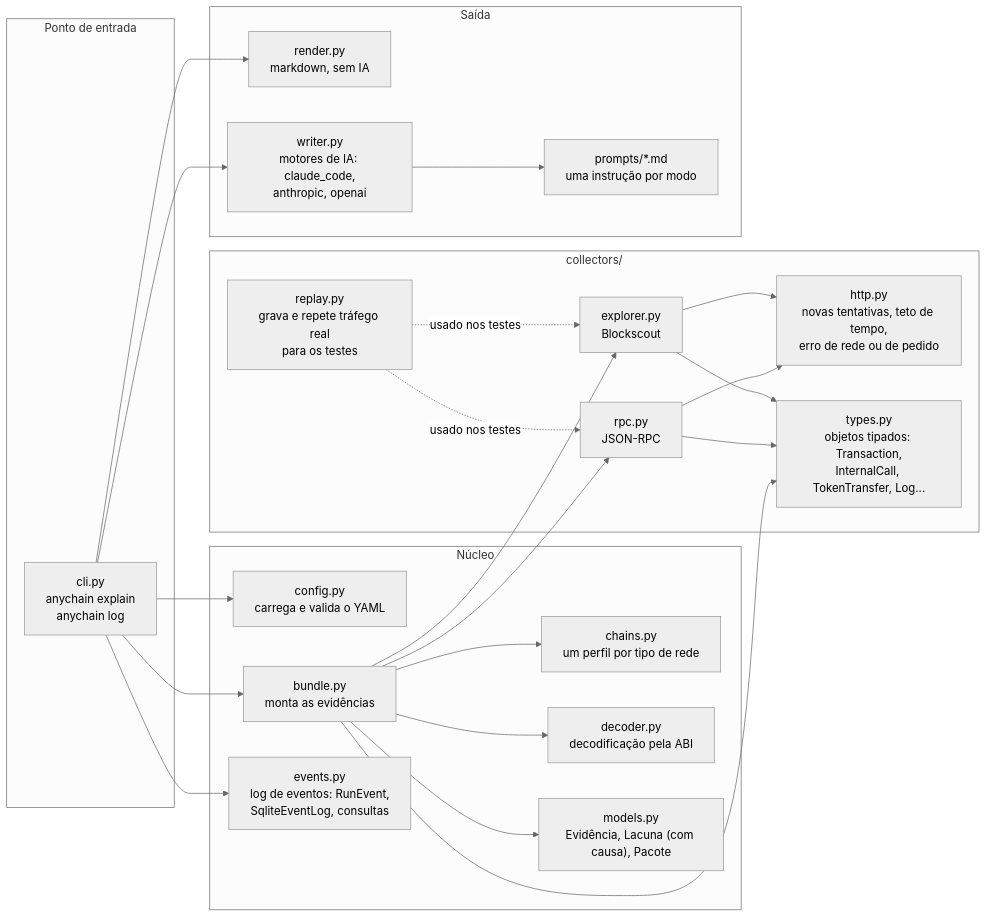
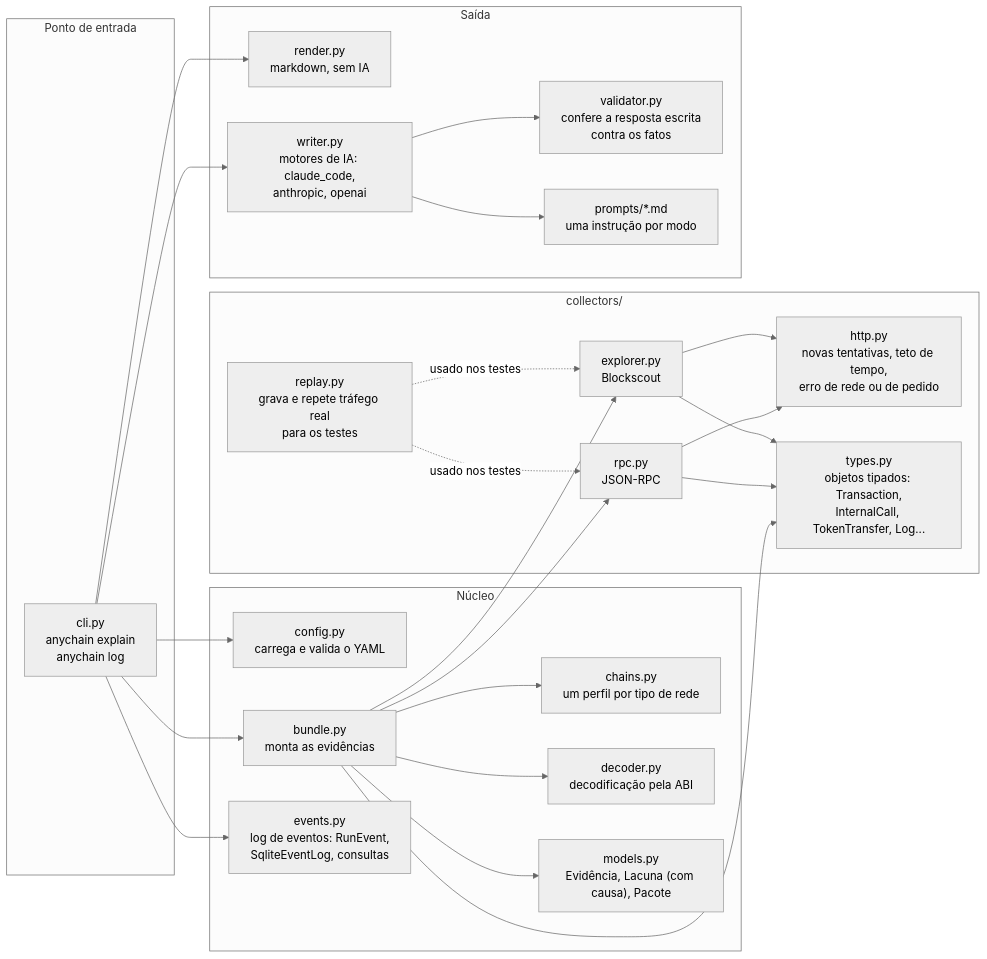
The third of 5 diagrams in docs/ARCHITECTURE.pt-BR.md (Ebaoj/anychain), drawn with Mermaid (neutral theme) before and after one commit. The commit also changed other lines of this file and 10 other files, not shown here.

````diff
--- a/docs/ARCHITECTURE.pt-BR.md
+++ b/docs/ARCHITECTURE.pt-BR.md
@@ -123,48 +123,50 @@
 ```mermaid
 flowchart LR
     subgraph entry["Ponto de entrada"]
         cli["cli.py<br/>anychain explain<br/>anychain log"]
     end
 
     subgraph core["Núcleo"]
         config["config.py<br/>carrega e valida o YAML"]
         chains["chains.py<br/>um perfil por tipo de rede"]
         bundle["bundle.py<br/>monta as evidências"]
         decoder["decoder.py<br/>decodificação pela ABI"]
         models["models.py<br/>Evidência, Lacuna (com causa), Pacote"]
         events["events.py<br/>log de eventos: RunEvent,<br/>SqliteEventLog, consultas"]
     end
 
     subgraph collectors["collectors/"]
         http["http.py<br/>novas tentativas, teto de tempo,<br/>erro de rede ou de pedido"]
         types["types.py<br/>objetos tipados: Transaction,<br/>InternalCall, TokenTransfer, Log..."]
         explorer["explorer.py<br/>Blockscout"]
         rpc["rpc.py<br/>JSON-RPC"]
         replay["replay.py<br/>grava e repete tráfego real<br/>para os testes"]
     end
 
     subgraph output["Saída"]
         render["render.py<br/>markdown, sem IA"]
         writer["writer.py<br/>motores de IA: claude_code,<br/>anthropic, openai"]
+        validator["validator.py<br/>confere a resposta escrita<br/>contra os fatos"]
         prompts["prompts/*.md<br/>uma instrução por modo"]
     end
 
     cli --> config
     cli --> bundle
     cli --> render
     cli --> writer
     cli --> events
     bundle --> explorer
     bundle --> rpc
     bundle --> decoder
     bundle --> models
     bundle --> chains
     explorer --> http
     rpc --> http
     explorer --> types
     rpc --> types
     bundle --> types
     writer --> prompts
+    writer --> validator
     replay -.usado nos testes.-> explorer
     replay -.usado nos testes.-> rpc
 ```
````
